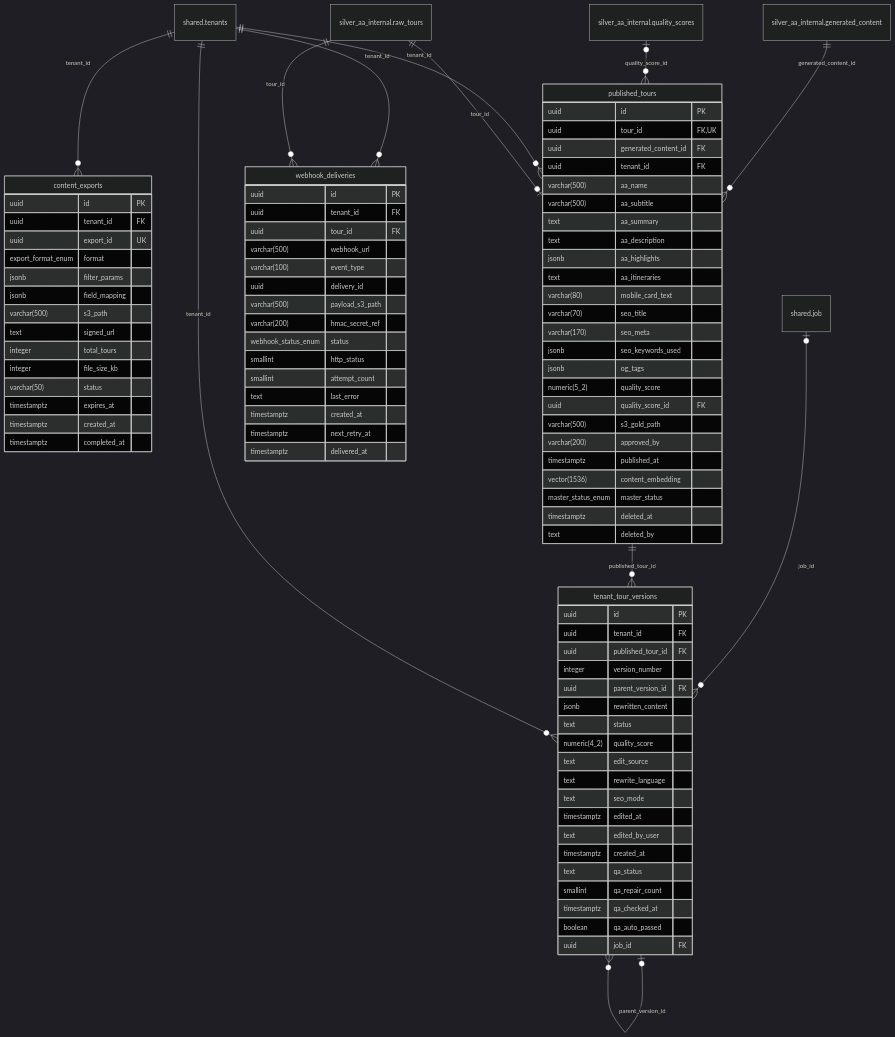
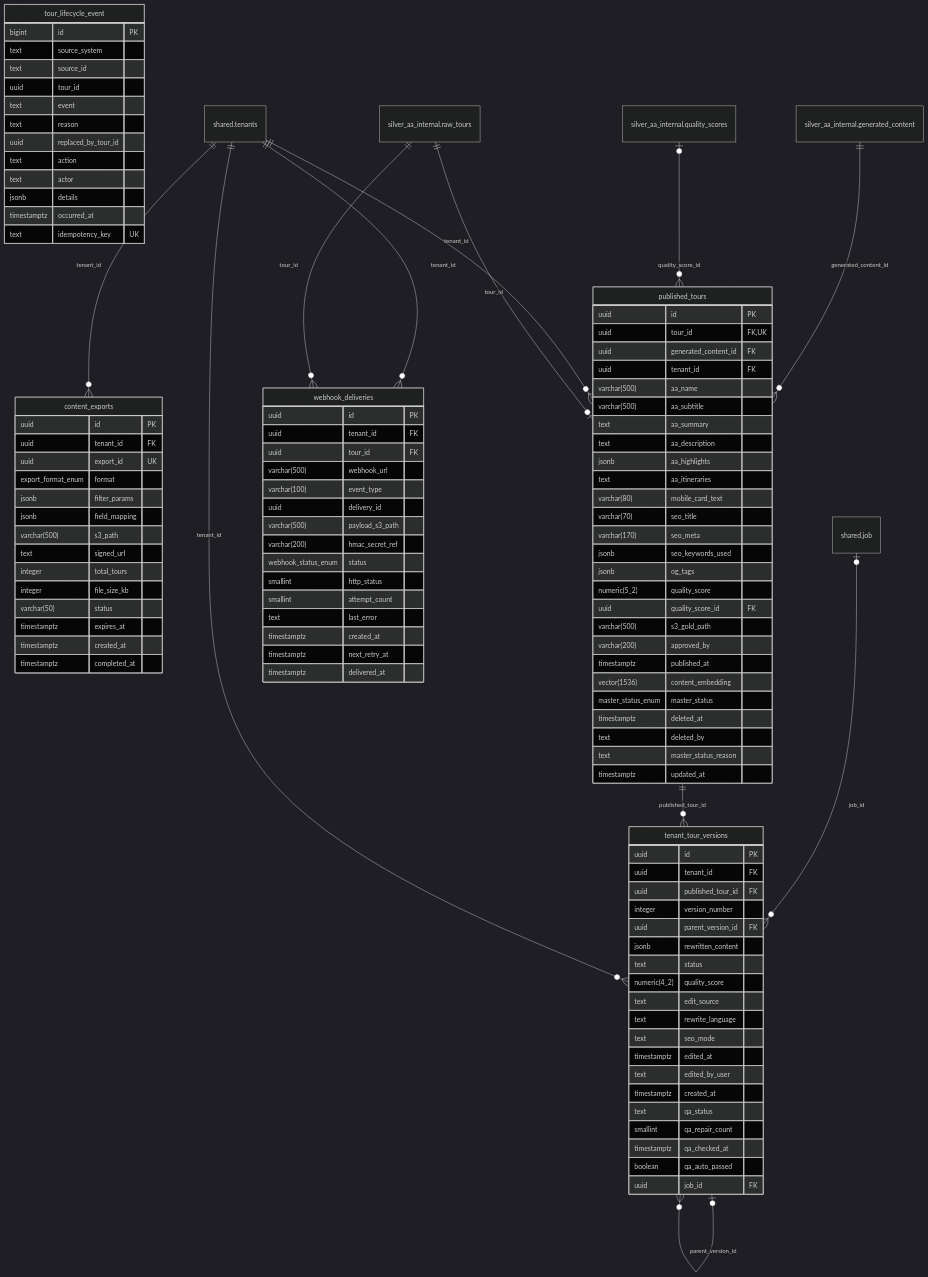
The diagram in docs/architecture/erd/gold_aa_internal.md (AdventureAsia365-Ecosys/AA-Ecosys), drawn with Mermaid (dark theme) before and after one commit. The commit also changed other lines of this file and 9 other files, not shown here.

First line of the commit message:
docs: regenerate db-schema-reference.md and ERD (live dump) (#207)

```diff
--- a/docs/architecture/erd/gold_aa_internal.md
+++ b/docs/architecture/erd/gold_aa_internal.md
@@ -65,6 +65,8 @@
         master_status_enum master_status
         timestamptz deleted_at
         text deleted_by
+        text master_status_reason
+        timestamptz updated_at
     }
     tenant_tour_versions {
         uuid id PK
@@ -86,6 +88,20 @@
         timestamptz qa_checked_at
         boolean qa_auto_passed
         uuid job_id FK
+    }
+    tour_lifecycle_event {
+        bigint id PK
+        text source_system
+        text source_id
+        uuid tour_id
+        text event
+        text reason
+        uuid replaced_by_tour_id
+        text action
+        text actor
+        jsonb details
+        timestamptz occurred_at
+        text idempotency_key UK
     }
     webhook_deliveries {
         uuid id PK
```
